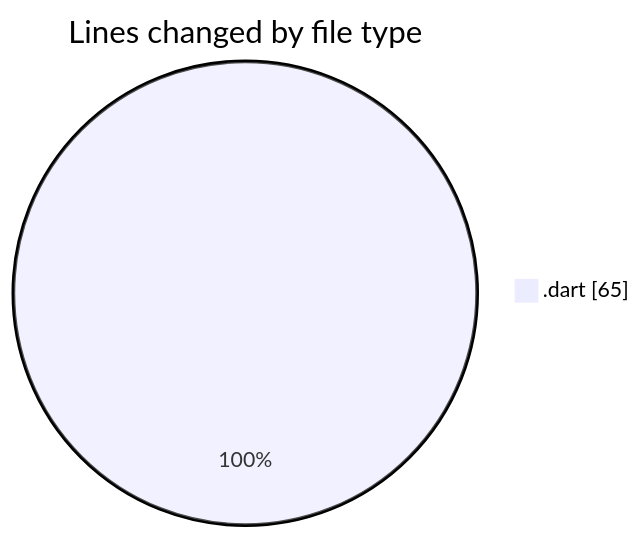
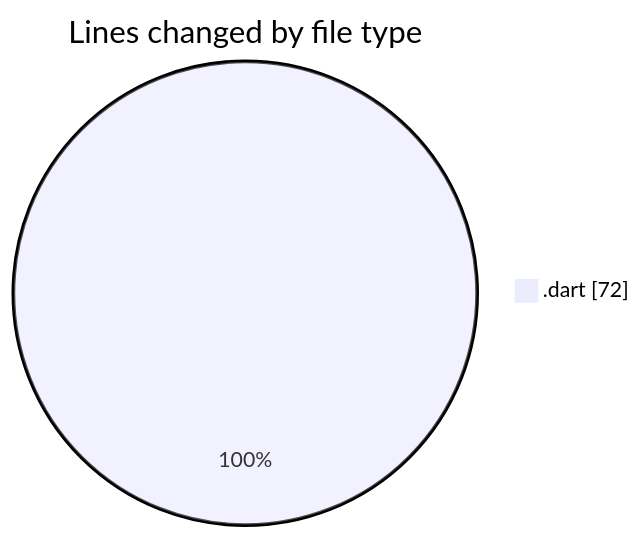
The first of 2 diagrams in 2025-04-17/belajar_flutter/README.md (idhammustaqopulfikri/code-tracking), drawn with Mermaid before and after one commit. The commit also changed other lines of this file and 1 other file, not shown here.

````diff
--- a/2025-04-17/belajar_flutter/README.md
+++ b/2025-04-17/belajar_flutter/README.md
@@ -21,5 +22,5 @@
 ```mermaid
 pie showData
 title Lines changed by file type
-".dart" : 65
+".dart" : 72
 ```
````
